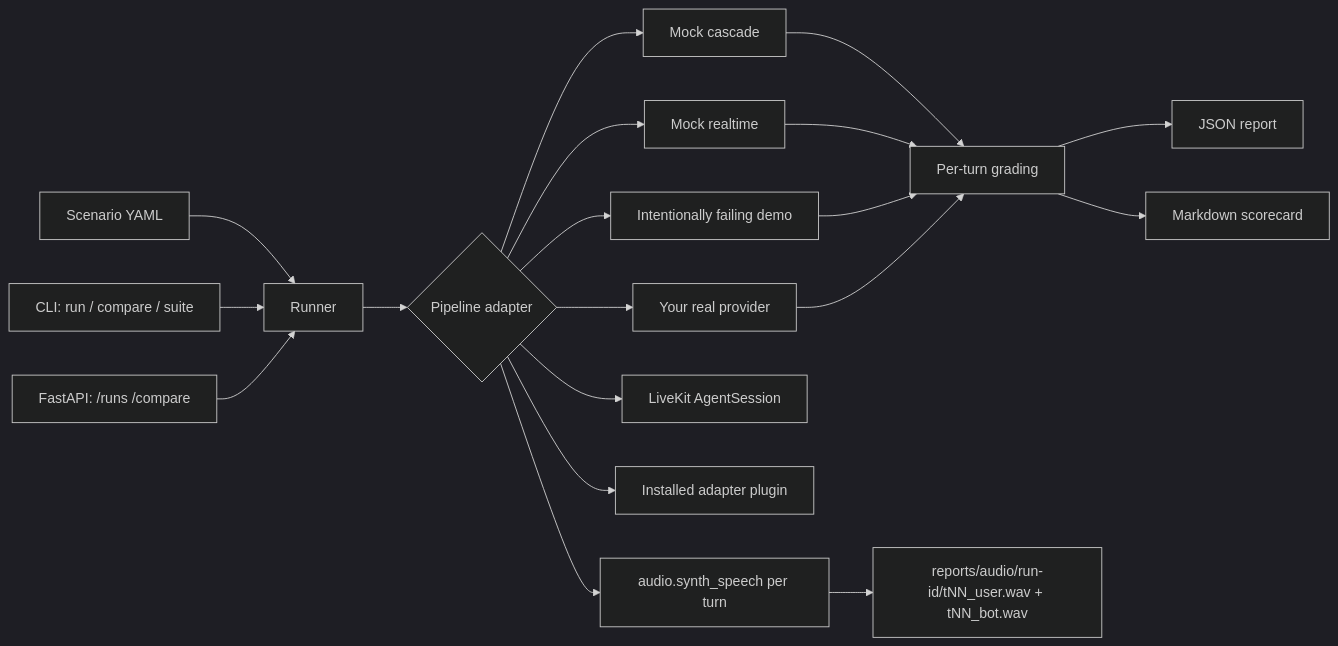
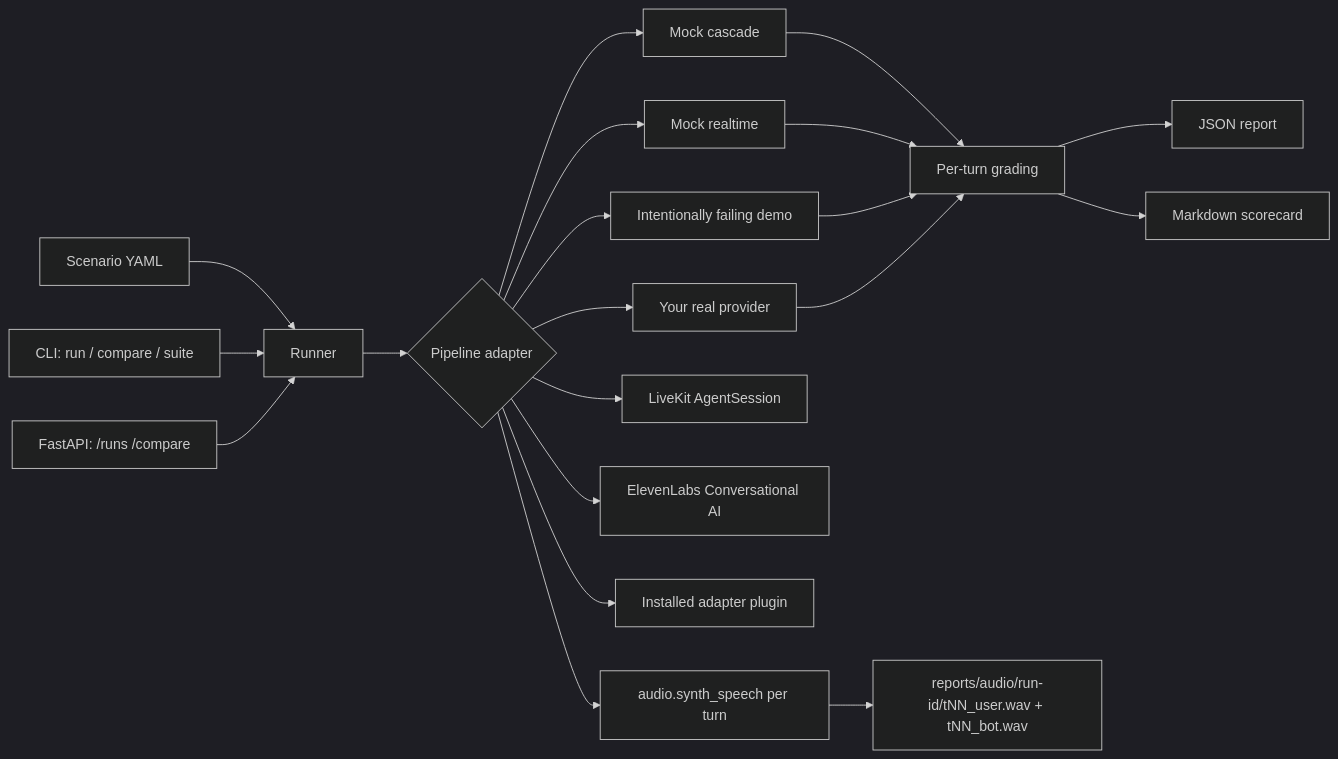
One commit to rand0wn/voice-eval changed the diagram in README.md. Above: the diagram before and after it, drawn with Mermaid (dark theme). The commit also changed other lines of this file and 6 other files, not shown here.

First line of the commit message:
Add ElevenLabs Conversational AI adapter

````diff
--- a/README.md
+++ b/README.md
@@ -287,21 +303,22 @@
 ```mermaid
 flowchart LR
   YAML[Scenario YAML] --> Runner
   CLI[CLI: run / compare / suite] --> Runner
   API[FastAPI: /runs /compare] --> Runner
   Runner --> Adapter{Pipeline adapter}
   Adapter --> Cascade[Mock cascade]
   Adapter --> Realtime[Mock realtime]
   Adapter --> Degraded[Intentionally failing demo]
   Adapter --> Real[Your real provider]
   Adapter --> LiveKit[LiveKit AgentSession]
+  Adapter --> ElevenLabs[ElevenLabs Conversational AI]
   Adapter --> Plugin[Installed adapter plugin]
   Adapter --> Audio[audio.synth_speech per turn]
   Cascade --> Grade[Per-turn grading]
   Realtime --> Grade
   Degraded --> Grade
   Real --> Grade
   Grade --> JSON[JSON report]
   Grade --> MD[Markdown scorecard]
   Audio --> WAV[reports/audio/run-id/tNN_user.wav + tNN_bot.wav]
 ```
````
